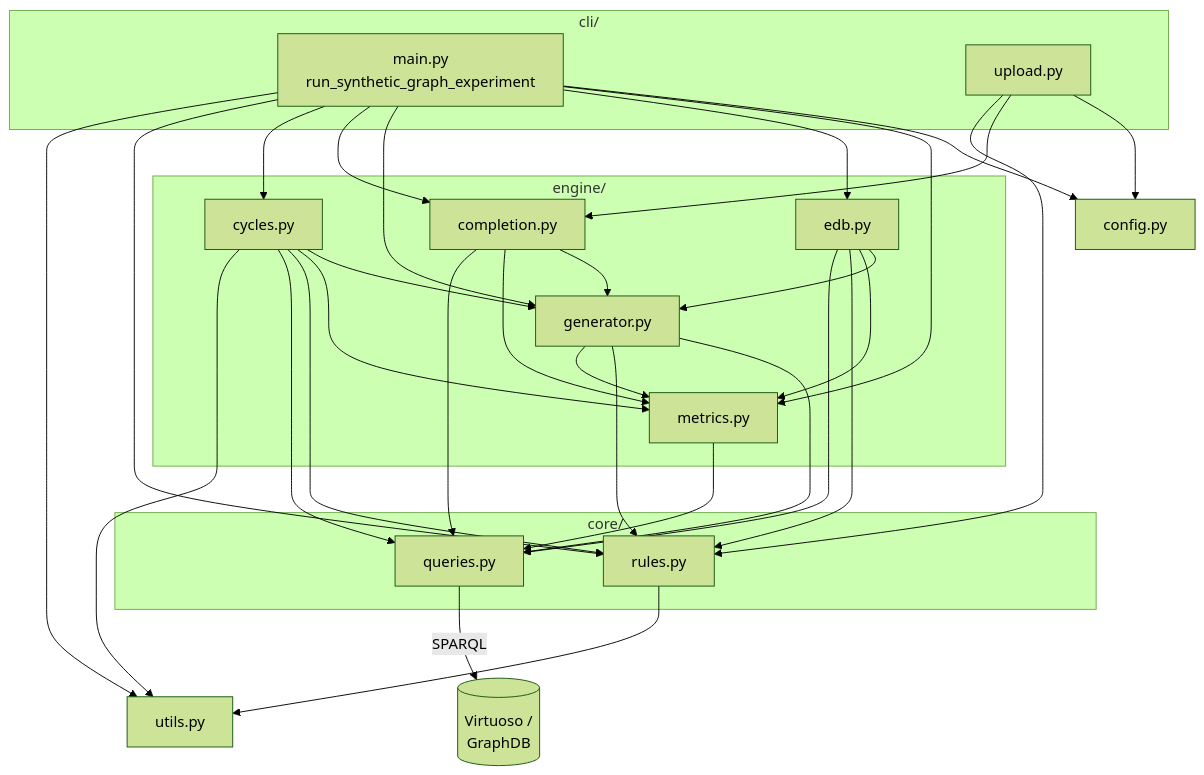
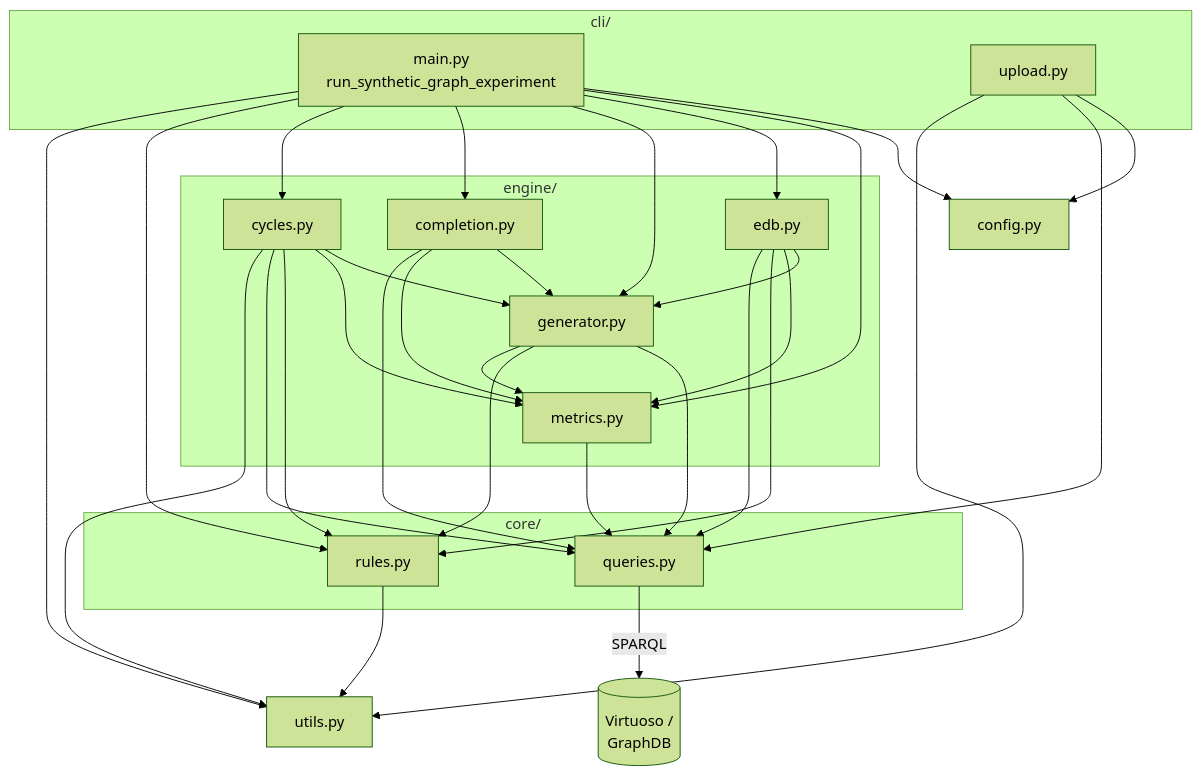
The second of 2 diagrams in docs/architecture.md (DavidGomez00/synthetic-knowledge-graph-generator), drawn with Mermaid (forest theme) before and after one commit. The commit also changed other lines of this file and 13 other files, not shown here.

First line of the commit message:
Make upload.py upload only; drop graph.complete_uri

````diff
--- a/docs/architecture.md
+++ b/docs/architecture.md
@@ -45,36 +40,36 @@
 ```mermaid
 flowchart TD
     subgraph cli ["cli/"]
         MAIN["main.py<br/>run_synthetic_graph_experiment"]
         UPLOAD["upload.py"]
     end
 
     subgraph engine ["engine/"]
         METRICS["metrics.py"]
         EDB["edb.py"]
         GEN["generator.py"]
         COMPLETION["completion.py"]
         CYCLES["cycles.py"]
     end
 
     subgraph core ["core/"]
         RULES["rules.py"]
         QUERIES["queries.py"]
     end
 
     CONFIG["config.py"]
     UTILS["utils.py"]
     DB[("Virtuoso /<br/>GraphDB")]
 
     MAIN --> CONFIG & METRICS & EDB & GEN & COMPLETION & CYCLES & RULES & UTILS
-    UPLOAD --> CONFIG & COMPLETION & RULES
+    UPLOAD --> CONFIG & QUERIES & UTILS
 
     EDB --> GEN & METRICS & RULES & QUERIES
     COMPLETION --> GEN & METRICS & QUERIES
     CYCLES --> GEN & METRICS & RULES & QUERIES & UTILS
     GEN --> QUERIES & RULES & METRICS
     METRICS --> QUERIES
     RULES --> UTILS
 
     QUERIES -->|SPARQL| DB
 ```
````
